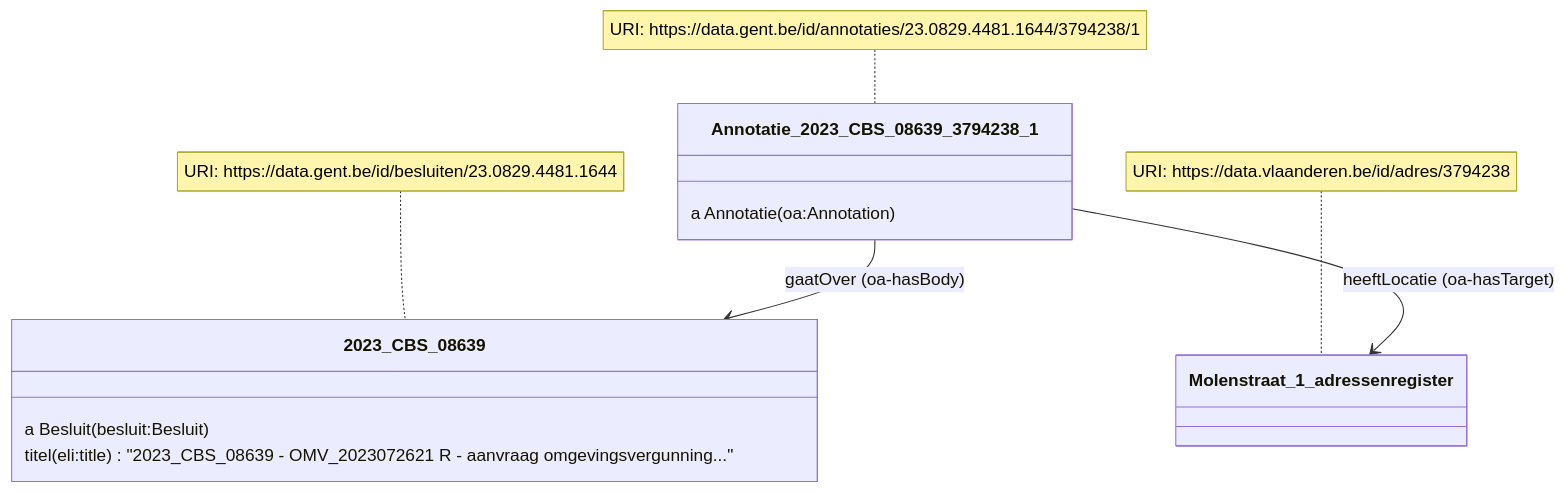
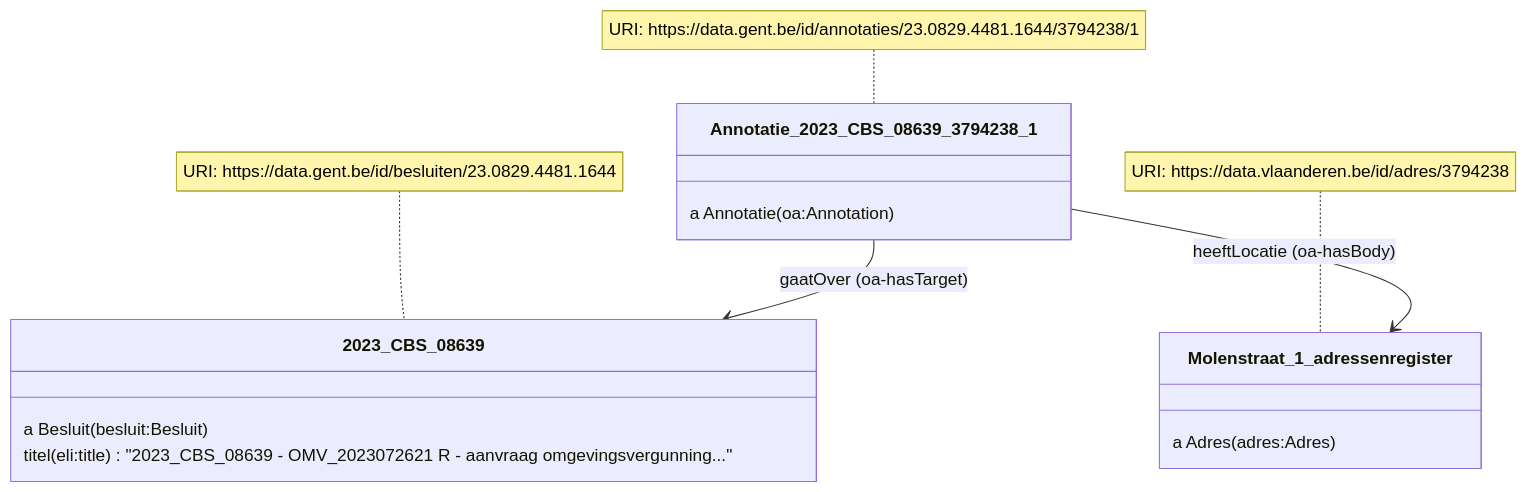
Before and after one commit to Informatievlaanderen/OSLOthema-slimmeRaadpleegOmgeving: diagram 17 of 19 in README.md, drawn with Mermaid. The commit also changed other lines of this file, not shown here.

````diff
--- a/README.md
+++ b/README.md
@@ -870,17 +873,20 @@
 ```mermaid
 classDiagram
-    Annotatie_2023_CBS_08639_3794238_1 --> 2023_CBS_08639: gaatOver (oa-hasBody)
-    Annotatie_2023_CBS_08639_3794238_1 --> Molenstraat_1_adressenregister: heeftLocatie (oa-hasTarget)
+    Annotatie_2023_CBS_08639_3794238_1 --> 2023_CBS_08639: gaatOver (oa-hasTarget)
+    Annotatie_2023_CBS_08639_3794238_1 --> Molenstraat_1_adressenregister: heeftLocatie (oa-hasBody)
 
     note for 2023_CBS_08639 "URI: https://data.gent.be/id/besluiten/23.0829.4481.1644"
     note for Molenstraat_1_adressenregister "URI: https://data.vlaanderen.be/id/adres/3794238"
     class 2023_CBS_08639 {
       a Besluit (besluit:Besluit)
       titel (eli:title) "2023_CBS_08639 - OMV_2023072621 R - aanvraag omgevingsvergunning..."
     }
     note for Annotatie_2023_CBS_08639_3794238_1 "URI: https://data.gent.be/id/annotaties/23.0829.4481.1644/3794238/1"
     class Annotatie_2023_CBS_08639_3794238_1 {
       a Annotatie (oa:Annotation)
     }
-  
+
+    class Molenstraat_1_adressenregister {
+      a Adres (adres:Adres)
+    }
 ```
````
